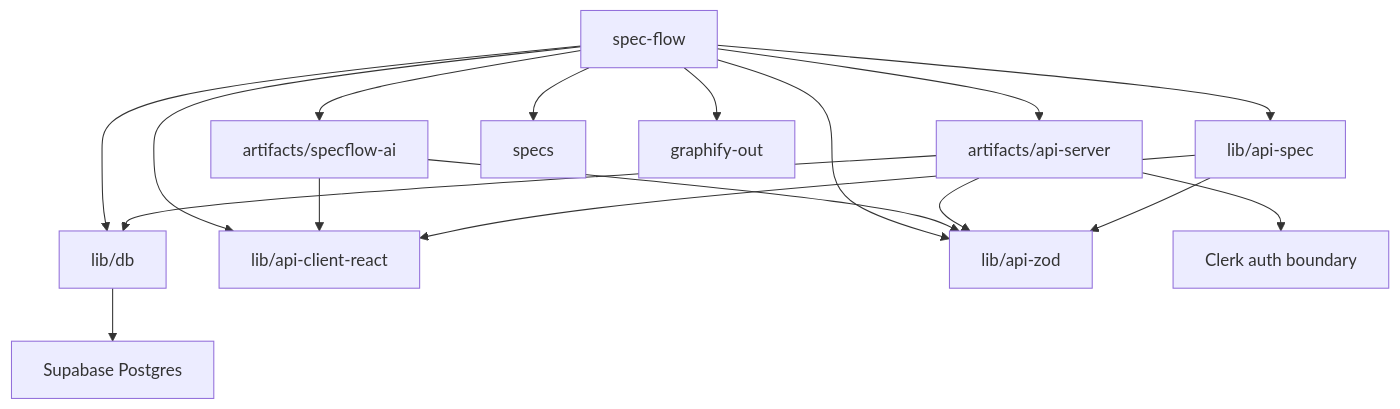
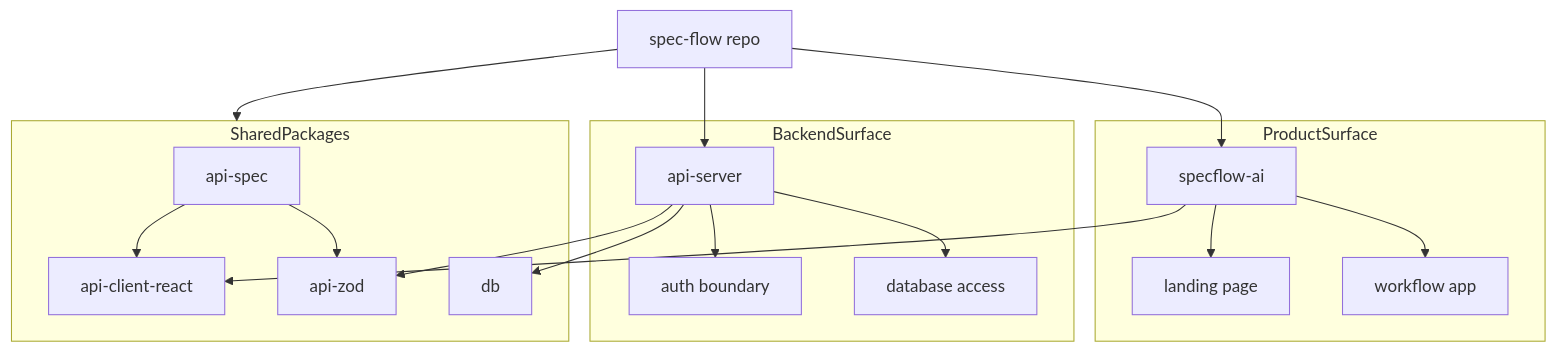
One commit to Hany-R-Mahmoud/spec-flow changed the third of 3 diagrams in README.md. Above: the diagram before and after it, drawn with Mermaid. The commit also changed other lines of this file and 1 other file, not shown here.

````diff
--- a/README.md
+++ b/README.md
@@ -127,20 +139,37 @@
 ```mermaid
-flowchart TD
-    ROOT["spec-flow"] --> APP["artifacts/specflow-ai"]
-    ROOT --> SERVER["artifacts/api-server"]
-    ROOT --> DB["lib/db"]
-    ROOT --> SPEC["lib/api-spec"]
-    ROOT --> CLIENT["lib/api-client-react"]
-    ROOT --> ZOD["lib/api-zod"]
-    ROOT --> DOCS["specs"]
-    ROOT --> GRAPH["graphify-out"]
+flowchart TB
+    ROOT["spec-flow repo"]
 
+    subgraph ProductSurface
+        APP["specflow-ai"]
+        LAND["landing page"]
+        WORK["workflow app"]
+    end
+
+    subgraph BackendSurface
+        API["api-server"]
+        AUTH["auth boundary"]
+        DATA["database access"]
+    end
+
+    subgraph SharedPackages
+        SPEC["api-spec"]
+        CLIENT["api-client-react"]
+        ZOD["api-zod"]
+        DB["db"]
+    end
+
+    ROOT --> APP
+    ROOT --> API
+    ROOT --> SharedPackages
+
+    APP --> LAND
+    APP --> WORK
     APP --> CLIENT
-    APP --> ZOD
-    SERVER --> DB
-    SERVER --> ZOD
-    SERVER --> C1["Clerk auth boundary"]
-    DB --> PSQL["Supabase Postgres"]
+    API --> AUTH
+    API --> DATA
+    API --> ZOD
+    API --> DB
     SPEC --> CLIENT
     SPEC --> ZOD
 ```
````
